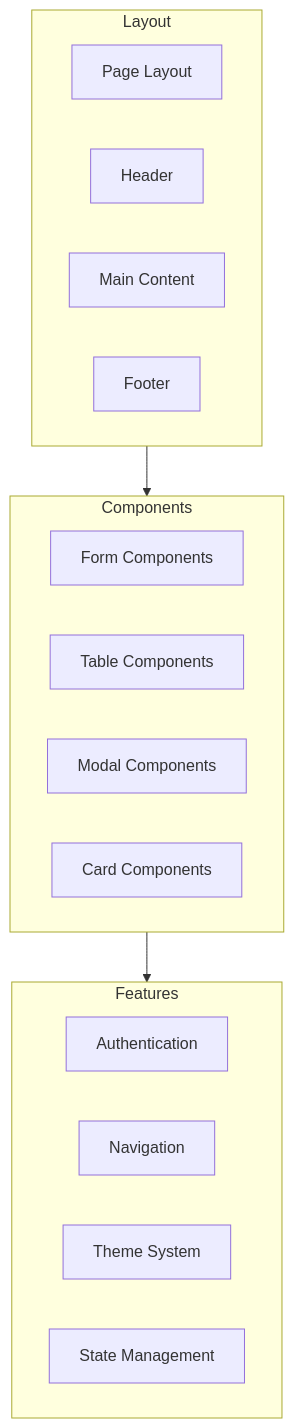
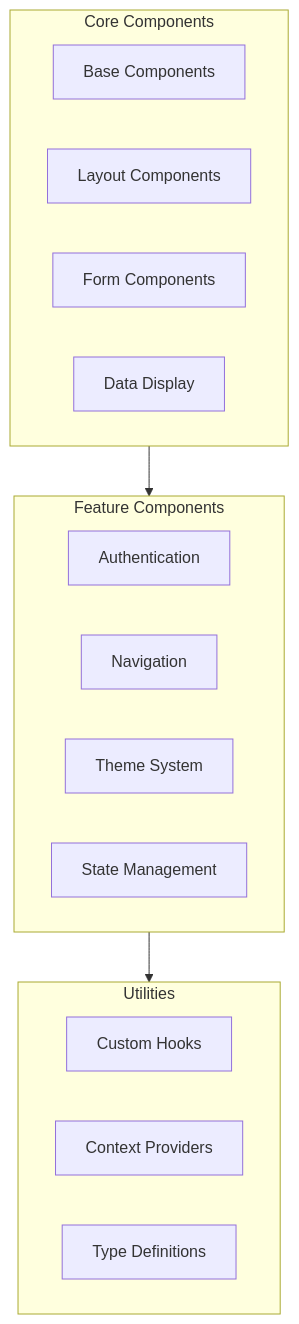
The diagram in DEVELOPMENT/Templates/_DOCS-TEMPLATES/UI-IMPLEMENTATION.md (miquael/AAA-Library), drawn with Mermaid before and after one commit. The commit also changed other lines of this file and 3 other files, not shown here.

````diff
--- a/DEVELOPMENT/Templates/_DOCS-TEMPLATES/UI-IMPLEMENTATION.md
+++ b/DEVELOPMENT/Templates/_DOCS-TEMPLATES/UI-IMPLEMENTATION.md
@@ -404,26 +6,25 @@
 ```mermaid
 graph TD
-    subgraph Layout
-        Page[Page Layout]
-        Header[Header]
-        Main[Main Content]
-        Footer[Footer]
+    subgraph Core[Core Components]
+        Base[Base Components]
+        Layout[Layout Components]
+        Form[Form Components]
+        Data[Data Display]
     end
 
-    subgraph Components
-        Form[Form Components]
-        Table[Table Components]
-        Modal[Modal Components]
-        Card[Card Components]
-    end
-
-    subgraph Features
+    subgraph Features[Feature Components]
         Auth[Authentication]
         Nav[Navigation]
         Theme[Theme System]
         State[State Management]
     end
 
-    Layout --> Components
-    Components --> Features
+    subgraph Utils[Utilities]
+        Hooks[Custom Hooks]
+        Context[Context Providers]
+        Types[Type Definitions]
+    end
+
+    Core --> Features
+    Features --> Utils
 ```
````
